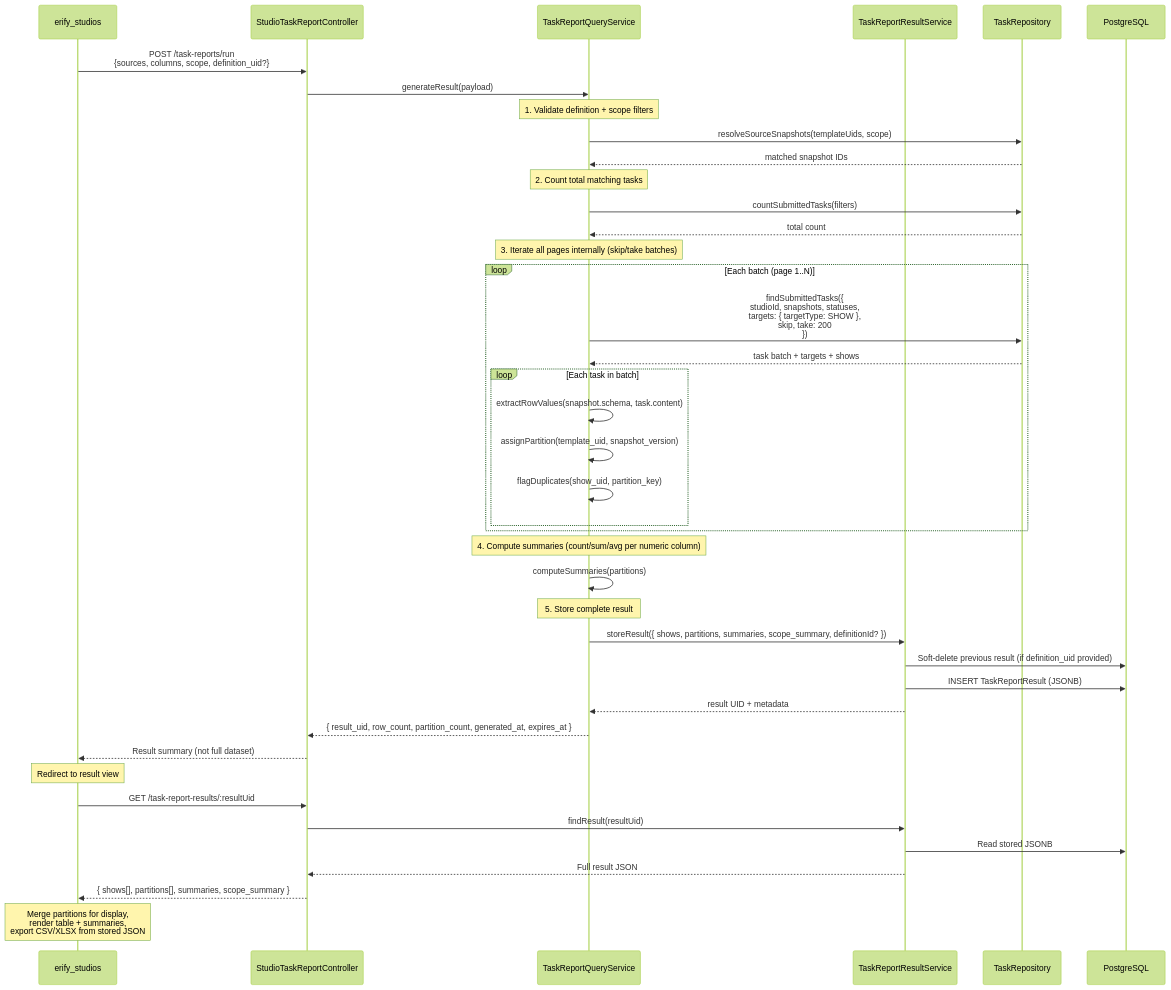
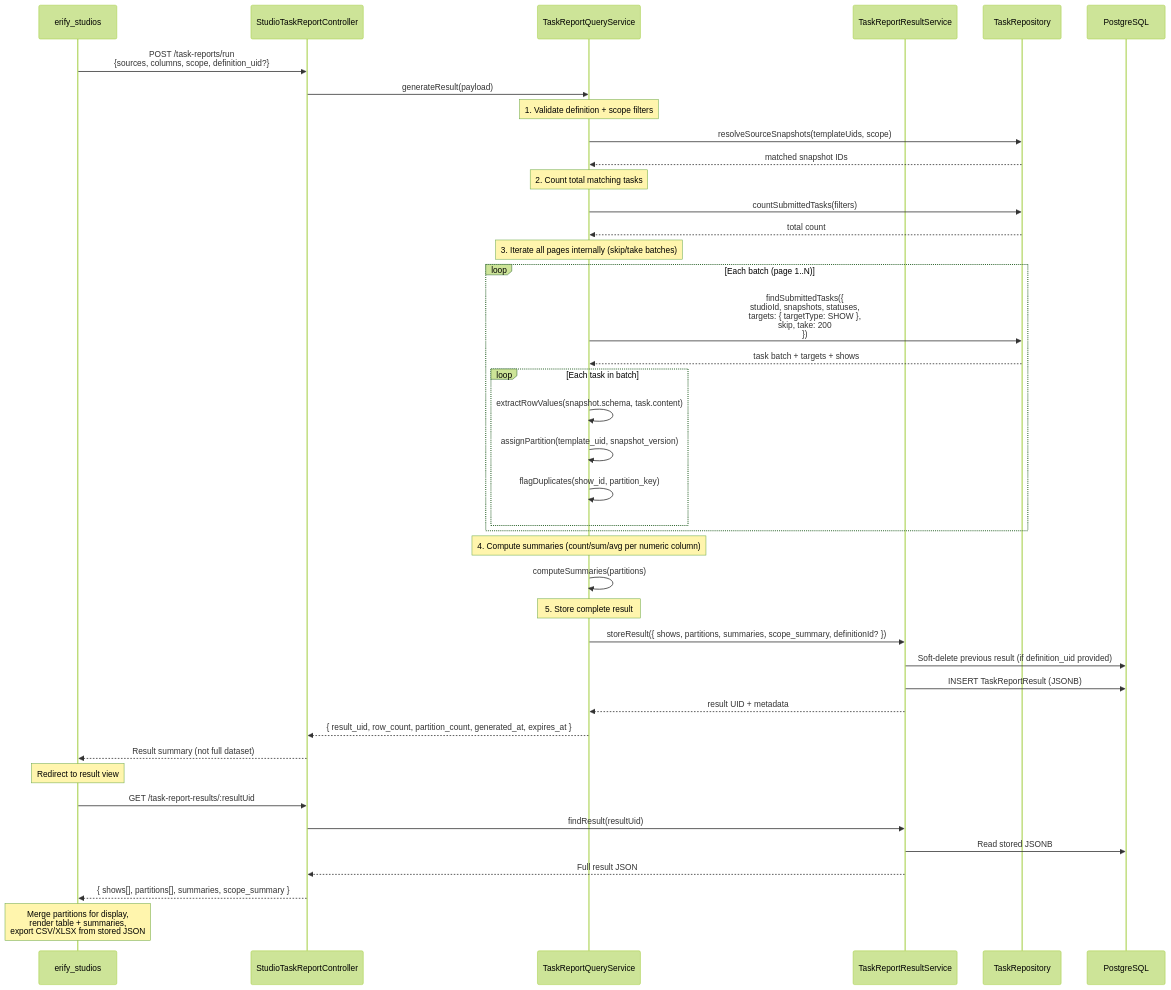
Before and after one commit to allenlin90/eridu-services: the second of 4 diagrams in apps/erify_api/docs/design/TASK_SUBMISSION_REPORTING_DESIGN.md, drawn with Mermaid (forest theme). The commit also changed other lines of this file and 16 other files, not shown here.

````diff
--- a/apps/erify_api/docs/design/TASK_SUBMISSION_REPORTING_DESIGN.md
+++ b/apps/erify_api/docs/design/TASK_SUBMISSION_REPORTING_DESIGN.md
@@ -472,53 +490,53 @@
 ```mermaid
 sequenceDiagram
     participant FE as erify_studios
     participant Ctrl as StudioTaskReportController
     participant QS as TaskReportQueryService
     participant RS as TaskReportResultService
     participant Repo as TaskRepository
     participant DB as PostgreSQL
 
     FE->>Ctrl: POST /task-reports/run<br/>{sources, columns, scope, definition_uid?}
     Ctrl->>QS: generateResult(payload)
 
     Note over QS: 1. Validate definition + scope filters
     QS->>Repo: resolveSourceSnapshots(templateUids, scope)
     Repo-->>QS: matched snapshot IDs
 
     Note over QS: 2. Count total matching tasks
     QS->>Repo: countSubmittedTasks(filters)
     Repo-->>QS: total count
 
     Note over QS: 3. Iterate all pages internally (skip/take batches)
     loop Each batch (page 1..N)
         QS->>Repo: findSubmittedTasks({<br/>  studioId, snapshots, statuses,<br/>  targets: { targetType: SHOW },<br/>  skip, take: 200<br/>})
         Repo-->>QS: task batch + targets + shows
 
         loop Each task in batch
             QS->>QS: extractRowValues(snapshot.schema, task.content)
             QS->>QS: assignPartition(template_uid, snapshot_version)
-            QS->>QS: flagDuplicates(show_uid, partition_key)
+            QS->>QS: flagDuplicates(show_id, partition_key)
         end
     end
 
     Note over QS: 4. Compute summaries (count/sum/avg per numeric column)
     QS->>QS: computeSummaries(partitions)
 
     Note over QS: 5. Store complete result
     QS->>RS: storeResult({ shows, partitions, summaries, scope_summary, definitionId? })
     RS->>DB: Soft-delete previous result (if definition_uid provided)
     RS->>DB: INSERT TaskReportResult (JSONB)
     RS-->>QS: result UID + metadata
 
     QS-->>Ctrl: { result_uid, row_count, partition_count, generated_at, expires_at }
     Ctrl-->>FE: Result summary (not full dataset)
 
     Note over FE: Redirect to result view
 
     FE->>Ctrl: GET /task-report-results/:resultUid
     Ctrl->>RS: findResult(resultUid)
     RS->>DB: Read stored JSONB
     RS-->>Ctrl: Full result JSON
     Ctrl-->>FE: { shows[], partitions[], summaries, scope_summary }
     Note over FE: Merge partitions for display,<br/>render table + summaries,<br/>export CSV/XLSX from stored JSON
 ```
````
